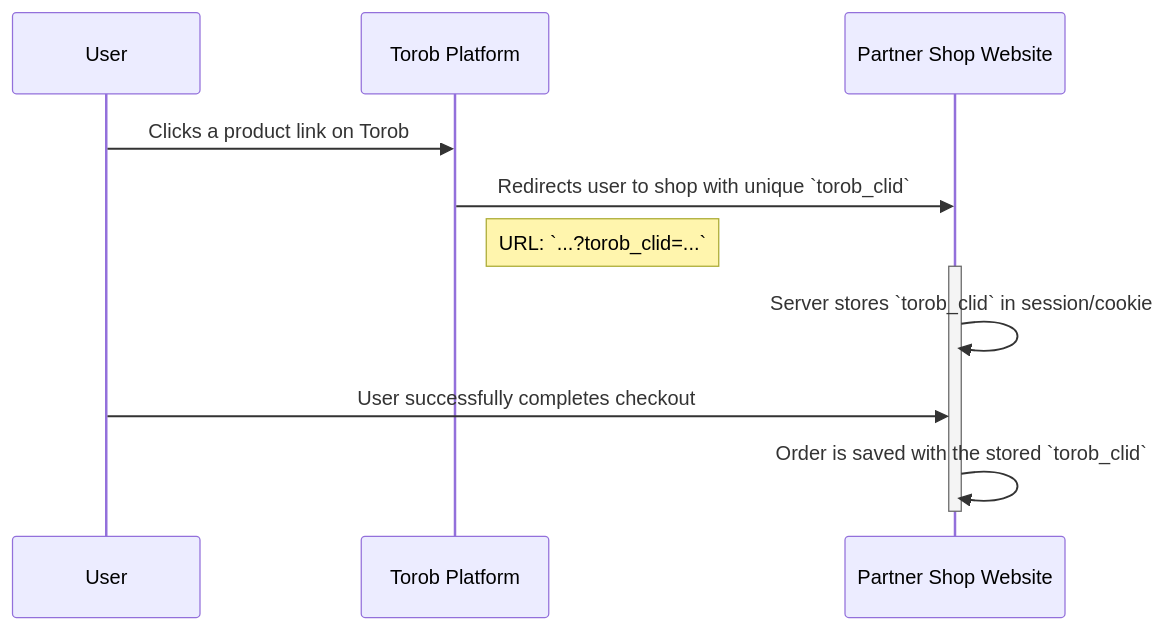
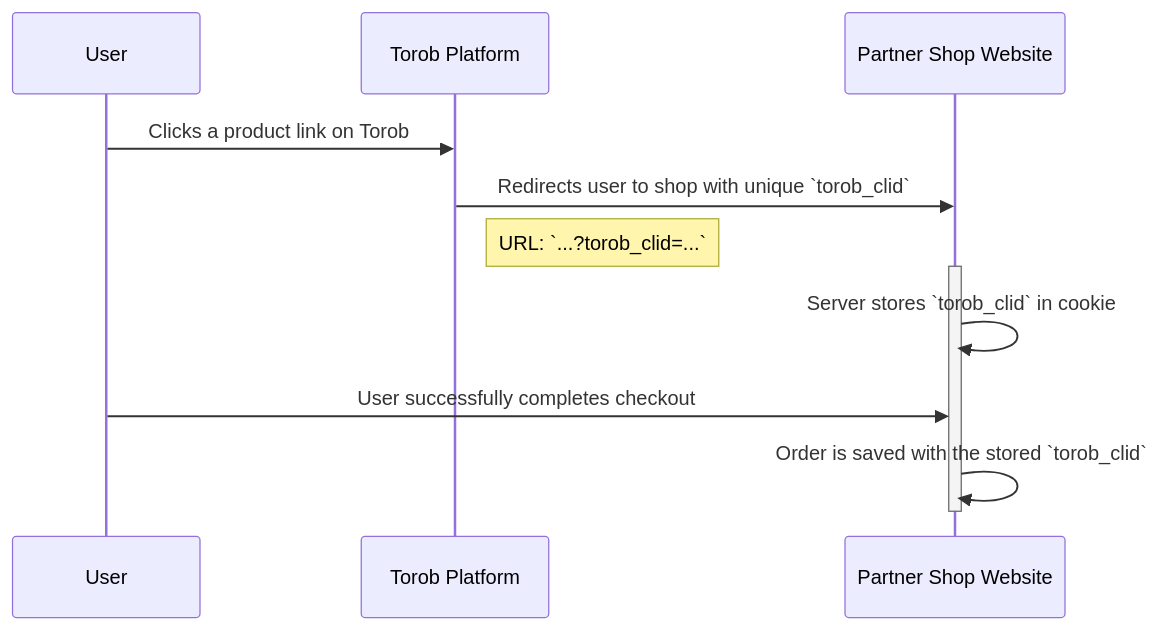
The first of 2 diagrams in order_tracking_api.md (Torob/Torob-Sync), drawn with Mermaid before and after one commit. The commit also changed other lines of this file, not shown here.

````diff
--- a/order_tracking_api.md
+++ b/order_tracking_api.md
@@ -9,18 +9,18 @@
 ```mermaid
 sequenceDiagram
     participant User
     participant Torob Platform
     participant Partner Shop Website
 
     %% --- Step 1 & 2: User Click and Redirection ---
     User->>Torob Platform: Clicks a product link on Torob
     Torob Platform->>Partner Shop Website: Redirects user to shop with unique `torob_clid`
     Note right of Torob Platform: URL: `...?torob_clid=...`
 
-    %% --- Step 3: Session & Order Attribution ---
+    %% --- Step 3: Cookie & Order Attribution ---
     activate Partner Shop Website
-    Partner Shop Website->>Partner Shop Website: Server stores `torob_clid` in session/cookie
+    Partner Shop Website->>Partner Shop Website: Server stores `torob_clid` in cookie
     User->>Partner Shop Website: User successfully completes checkout
     Partner Shop Website->>Partner Shop Website: Order is saved with the stored `torob_clid`
     deactivate Partner Shop Website
 ```
````
